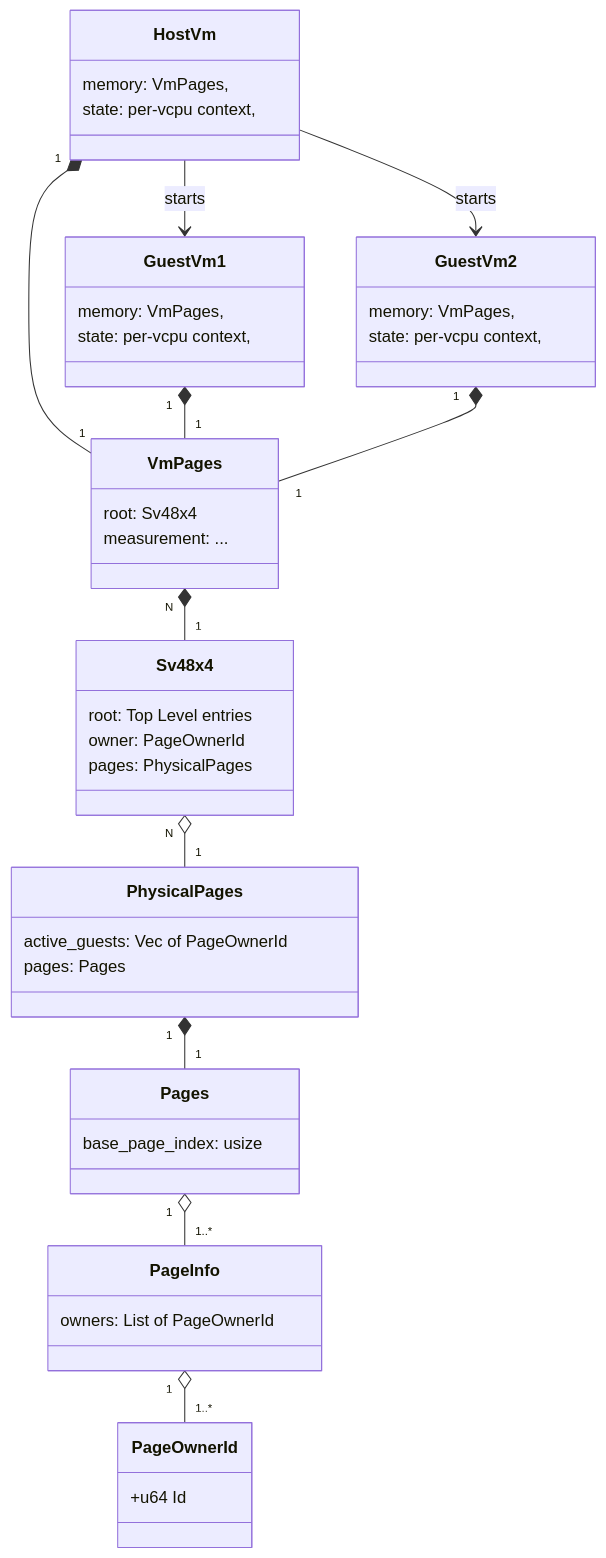
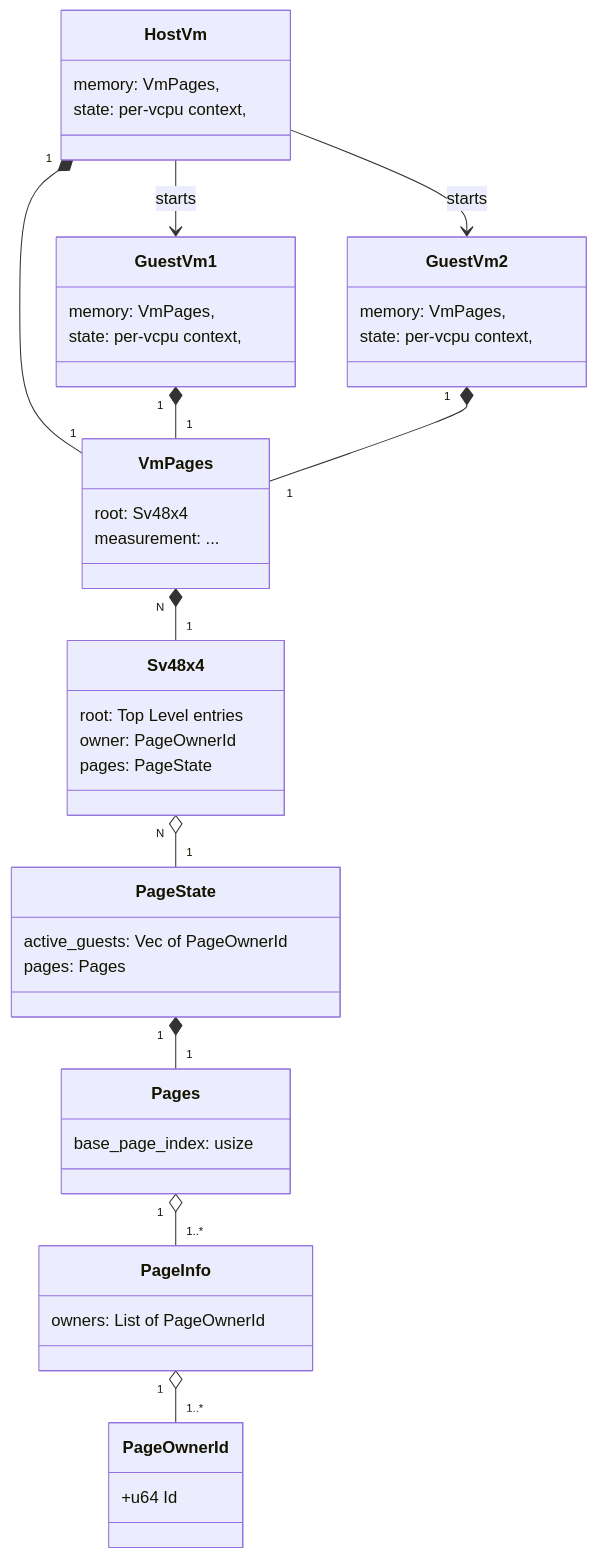
One commit to rivosinc/salus changed the second of 3 diagrams in MEMORY.md. Above: the diagram before and after it, drawn with Mermaid. The commit also changed other lines of this file and 5 other files, not shown here.

````diff
--- a/MEMORY.md
+++ b/MEMORY.md
@@ -40,47 +40,47 @@
 ```mermaid
 classDiagram
     class PageOwnerId {
         +u64 Id
     }
     PageInfo "1" o-- "1..*" PageOwnerId
     class PageInfo {
       owners: List of PageOwnerId
     }
     Pages "1" o-- "1..*" PageInfo
     class Pages {
       base_page_index: usize
     }
-    PhysicalPages "1" *-- "1" Pages
-    class PhysicalPages {
+    PageState "1" *-- "1" Pages
+    class PageState {
         active_guests: Vec of PageOwnerId
         pages: Pages
     }
-    Sv48x4 "N" o-- "1" PhysicalPages
+    Sv48x4 "N" o-- "1" PageState
     class Sv48x4 {
     	root: Top Level entries
 	owner: PageOwnerId
-        pages: PhysicalPages
+        pages: PageState
     }
     VmPages "N" *-- "1" Sv48x4
     class VmPages {
         root: Sv48x4
 	measurement: ...
     }
     HostVm "1" *-- "1" VmPages
     HostVm --> GuestVm1 : starts
     HostVm --> GuestVm2 : starts
     class HostVm {
         memory: VmPages,
 	state: per-vcpu context,
     }
     GuestVm1 "1" *-- "1" VmPages
     class GuestVm1 {
         memory: VmPages,
 	state: per-vcpu context,
     }
     GuestVm2 "1" *-- "1" VmPages
     class GuestVm2 {
         memory: VmPages,
 	state: per-vcpu context,
     }
 ```
````
